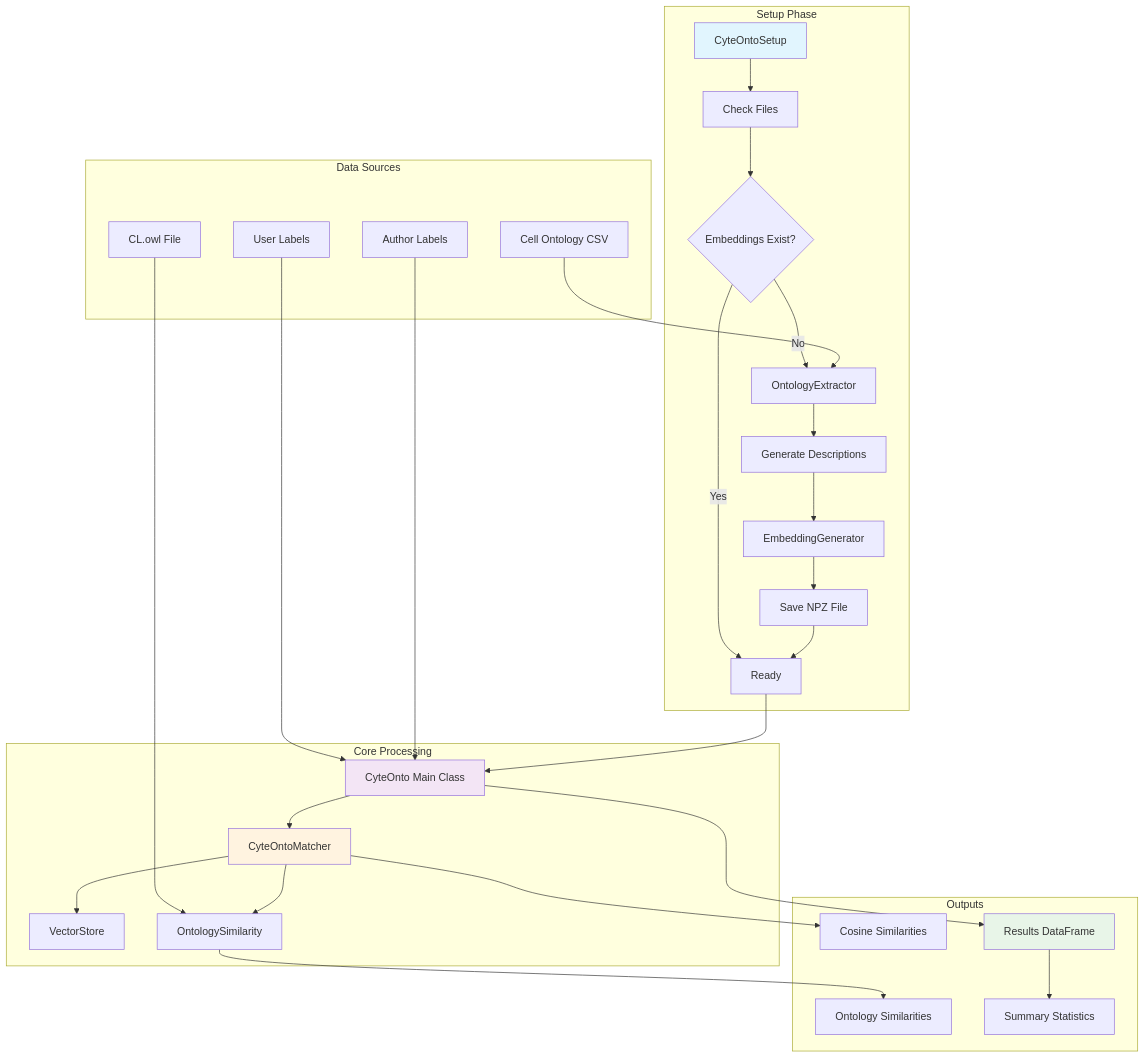
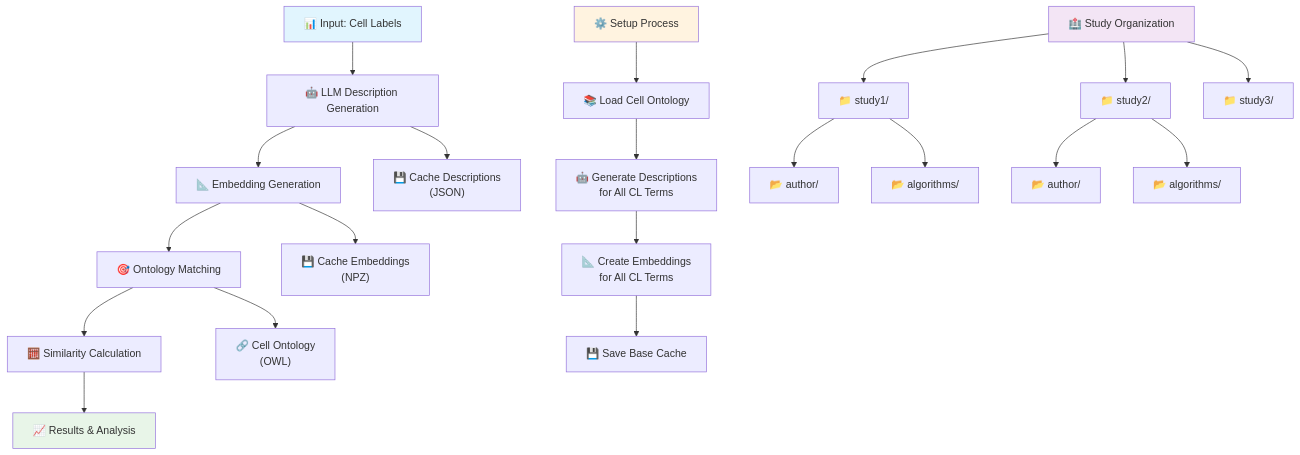
Before and after one commit to NygenAnalytics/CyteOnto: the diagram in README.md, drawn with Mermaid. The commit also changed other lines of this file and 1 other file, not shown here.

````diff
--- a/README.md
+++ b/README.md
@@ -318,54 +77,30 @@
 ```mermaid
-graph TB
-    subgraph "Setup Phase"
-        A[CyteOntoSetup] --> B[Check Files]
-        B --> C{Embeddings Exist?}
-        C -->|No| D[OntologyExtractor]
-        D --> E[Generate Descriptions]
-        E --> F[EmbeddingGenerator]
-        F --> G[Save NPZ File]
-        C -->|Yes| H[Ready]
-        G --> H
-    end
+flowchart TD
+    A["📊 Input: Cell Labels"] --> B["🤖 LLM Description Generation"]
+    B --> C["📐 Embedding Generation"]
+    C --> D["🎯 Ontology Matching"]
+    D --> E["🧮 Similarity Calculation"]
+    E --> F["📈 Results & Analysis"]
     
-    subgraph "Data Sources"
-        I[Cell Ontology CSV]
-        J[CL.owl File]
-        K[User Labels]
-        L[Author Labels]
-    end
+    B --> B1["💾 Cache Descriptions<br/>(JSON)"]
+    C --> C1["💾 Cache Embeddings<br/>(NPZ)"]
+    D --> D1["🔗 Cell Ontology<br/>(OWL)"]
     
-    subgraph "Core Processing"
-        M[CyteOnto Main Class]
-        N[CyteOntoMatcher]
-        O[VectorStore]
-        P[OntologySimilarity]
-    end
+    G["⚙️ Setup Process"] --> H["📚 Load Cell Ontology"]
+    H --> I["🤖 Generate Descriptions<br/>for All CL Terms"]
+    I --> J["📐 Create Embeddings<br/>for All CL Terms"] 
+    J --> K["💾 Save Base Cache"]
     
-    subgraph "Outputs"
-        Q[Cosine Similarities]
-        R[Ontology Similarities]
-        S[Results DataFrame]
-        T[Summary Statistics]
-    end
-    
-    I --> D
-    J --> P
-    K --> M
-    L --> M
-    
-    H --> M
-    M --> N
-    N --> O
-    N --> P
-    
-    N --> Q
-    P --> R
-    M --> S
-    S --> T
+    L["🏥 Study Organization"] --> M["📁 study1/"]
+    L --> N["📁 study2/"]
+    L --> O["📁 study3/"]
+    M --> M1["📂 author/"]
+    M --> M2["📂 algorithms/"]
+    N --> N1["📂 author/"]
+    N --> N2["📂 algorithms/"]
     
     style A fill:#e1f5fe
-    style M fill:#f3e5f5
-    style N fill:#fff3e0
-    style S fill:#e8f5e8
+    style F fill:#e8f5e8
+    style G fill:#fff3e0
+    style L fill:#f3e5f5
 ```
````
